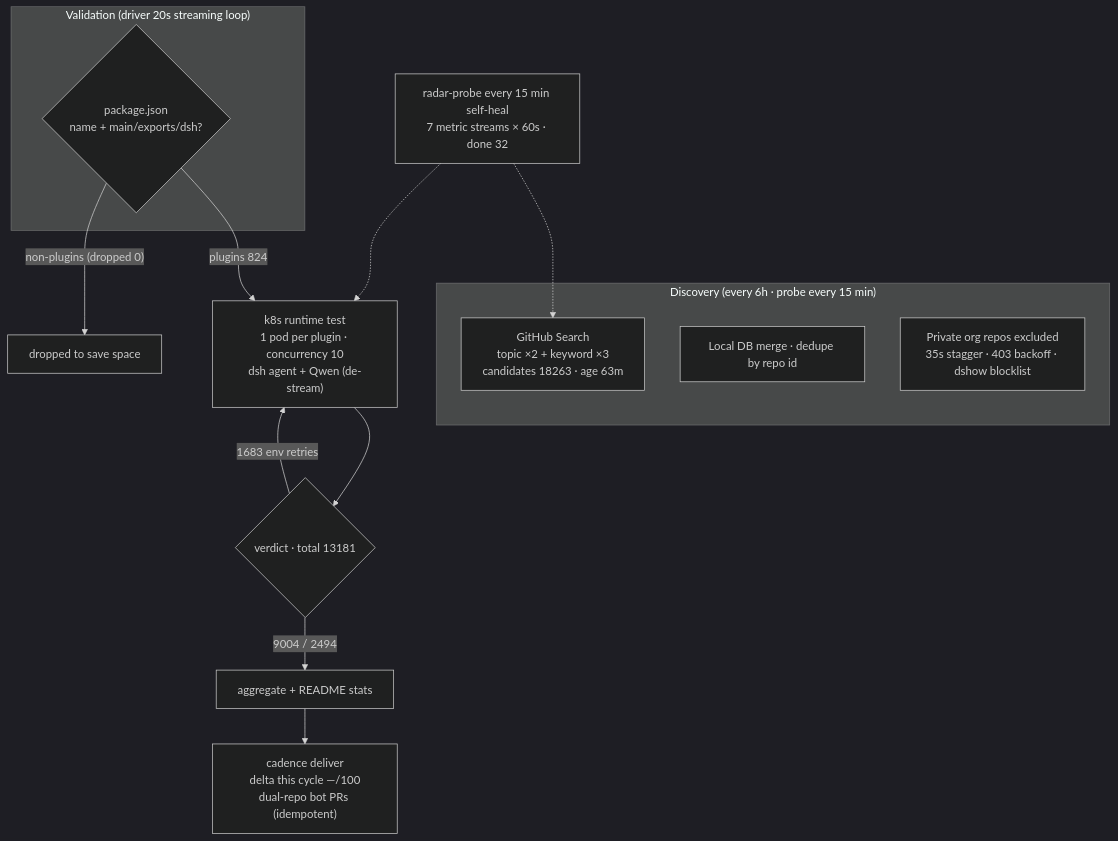
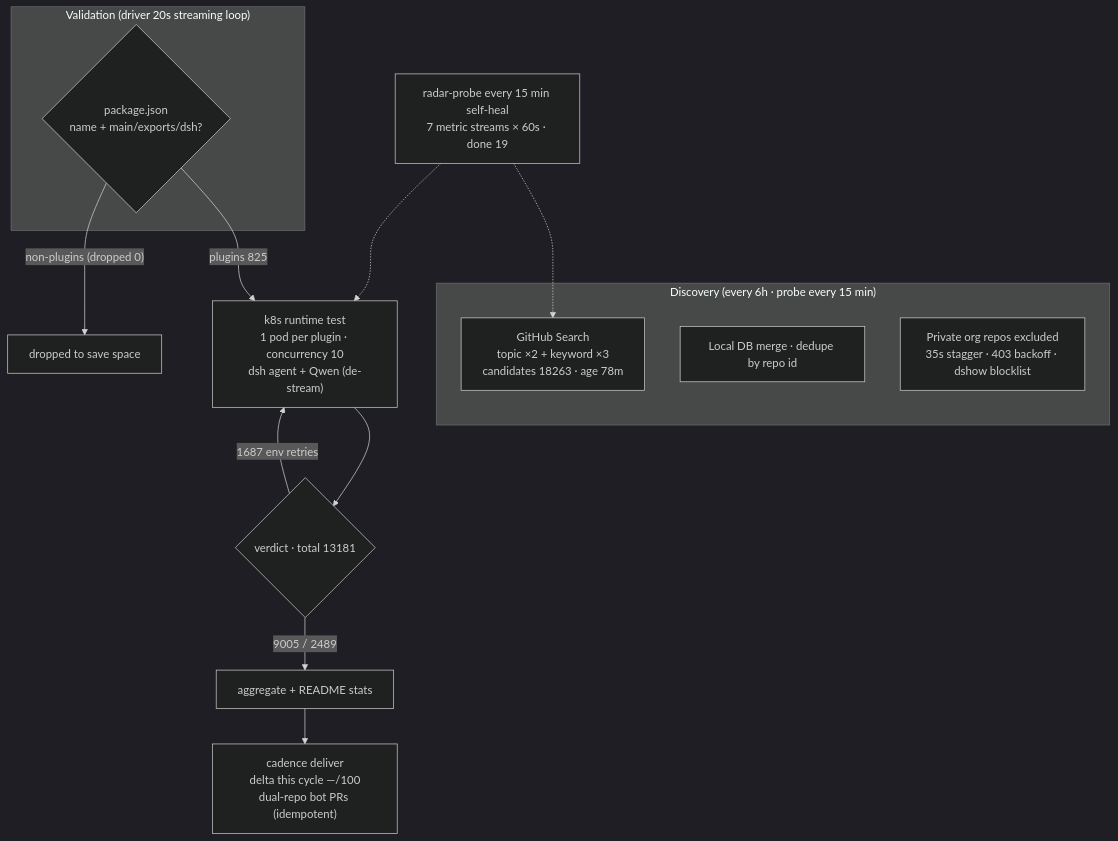
Before and after one commit to AdamPlatin123/awesome-dsh-plugins: the diagram in README.en-US.md, drawn with Mermaid (dark theme). The commit also changed other lines of this file and 5 other files, not shown here.

````diff
--- a/README.en-US.md
+++ b/README.en-US.md
@@ -45,20 +45,20 @@
 ```mermaid
 flowchart TB
     subgraph Discovery["Discovery (every 6h · probe every 15 min)"]
-        A1["GitHub Search<br/>topic ×2 + keyword ×3<br/>candidates 18263 · age 63m"]
+        A1["GitHub Search<br/>topic ×2 + keyword ×3<br/>candidates 18263 · age 78m"]
         A2["Local DB merge · dedupe by repo id"]
         A3["Private org repos excluded<br/>35s stagger · 403 backoff · dshow blocklist"]
     end
     subgraph Validation["Validation (driver 20s streaming loop)"]
         B1{"package.json<br/>name + main/exports/dsh?"}
     end
-    B1 -->|"plugins 824"| C1["k8s runtime test<br/>1 pod per plugin · concurrency 10<br/>dsh agent + Qwen (de-stream)"]
+    B1 -->|"plugins 825"| C1["k8s runtime test<br/>1 pod per plugin · concurrency 10<br/>dsh agent + Qwen (de-stream)"]
     B1 -->|"non-plugins (dropped 0)"| B3["dropped to save space"]
     C1 --> D1{"verdict · total 13181"}
-    D1 -->|"9004 / 2494"| E1["aggregate + README stats"]
-    D1 -->|"1683 env retries"| C1
+    D1 -->|"9005 / 2489"| E1["aggregate + README stats"]
+    D1 -->|"1687 env retries"| C1
     E1 --> E2["cadence deliver<br/>delta this cycle —/100<br/>dual-repo bot PRs (idempotent)"]
-    M["radar-probe every 15 min self-heal<br/>7 metric streams × 60s · done 32"]
+    M["radar-probe every 15 min self-heal<br/>7 metric streams × 60s · done 19"]
     M -.-> A1
     M -.-> C1
 ```
````
